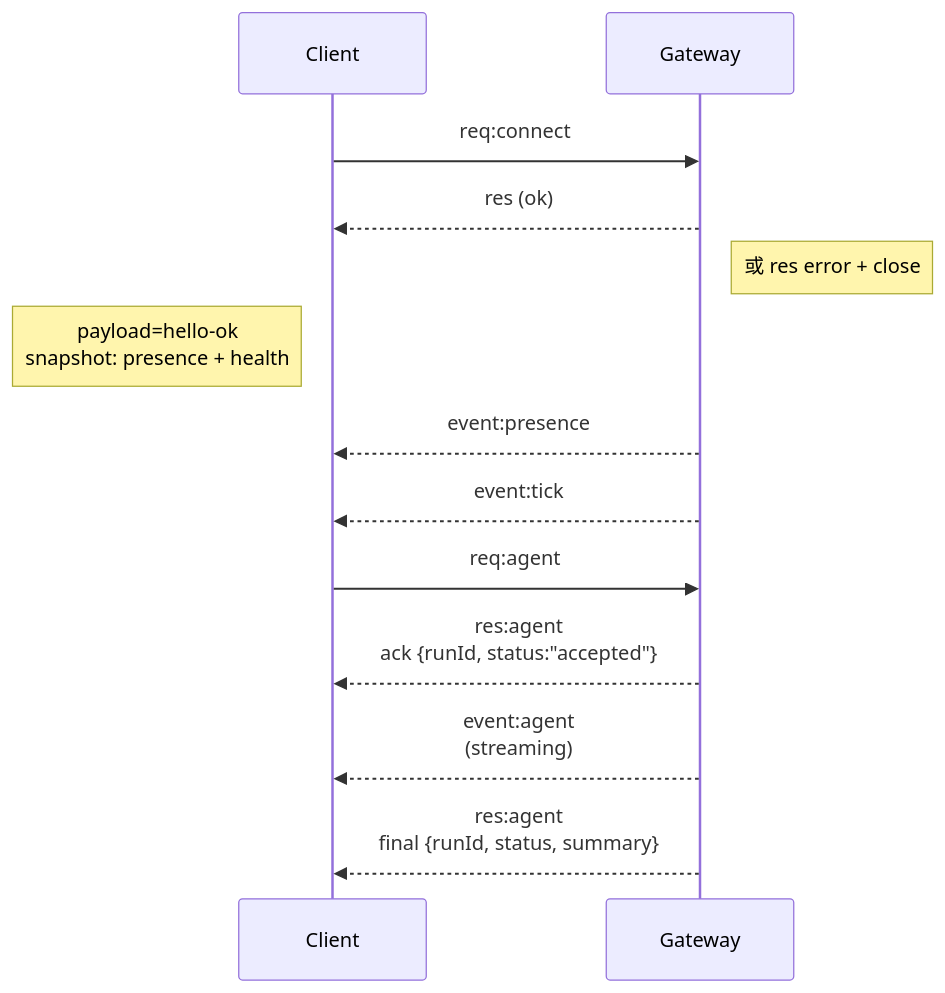
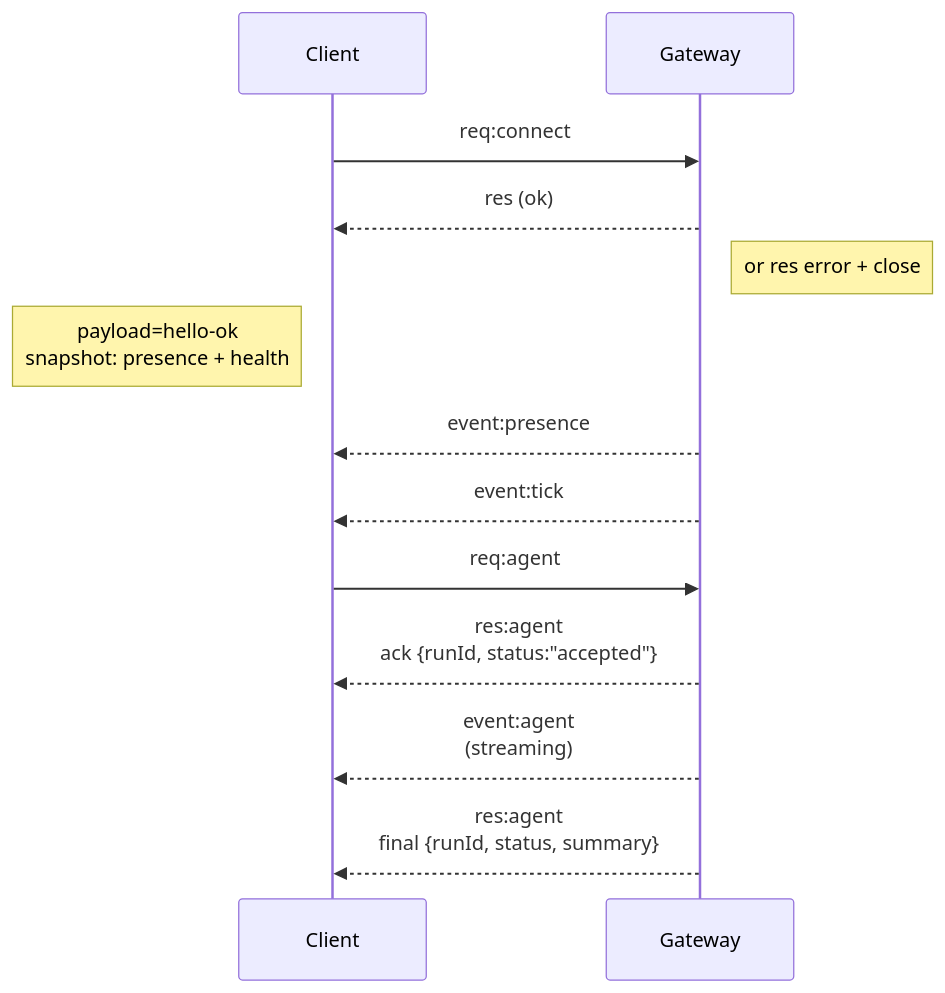
The diagram in docs/concepts/architecture.zh-CN.md (openclaw/openclaw), drawn with Mermaid before and after one commit. The commit also changed other lines of this file, not shown here.

Commit message:
docs: 修复并翻译 architecture.md 为中文

````diff
--- a/docs/concepts/architecture.zh-CN.md
+++ b/docs/concepts/architecture.zh-CN.md
@@ -54,18 +53,18 @@
 ```mermaid
 sequenceDiagram
     participant Client
     participant Gateway
 
     Client->>Gateway: req:connect
     Gateway-->>Client: res (ok)
-    Note right of Gateway: 或 res error + close
+    Note right of Gateway: or res error + close
     Note left of Client: payload=hello-ok<br>snapshot: presence + health
 
     Gateway-->>Client: event:presence
     Gateway-->>Client: event:tick
 
     Client->>Gateway: req:agent
     Gateway-->>Client: res:agent<br>ack {runId, status:"accepted"}
     Gateway-->>Client: event:agent<br>(streaming)
     Gateway-->>Client: res:agent<br>final {runId, status, summary}
 ```
````
